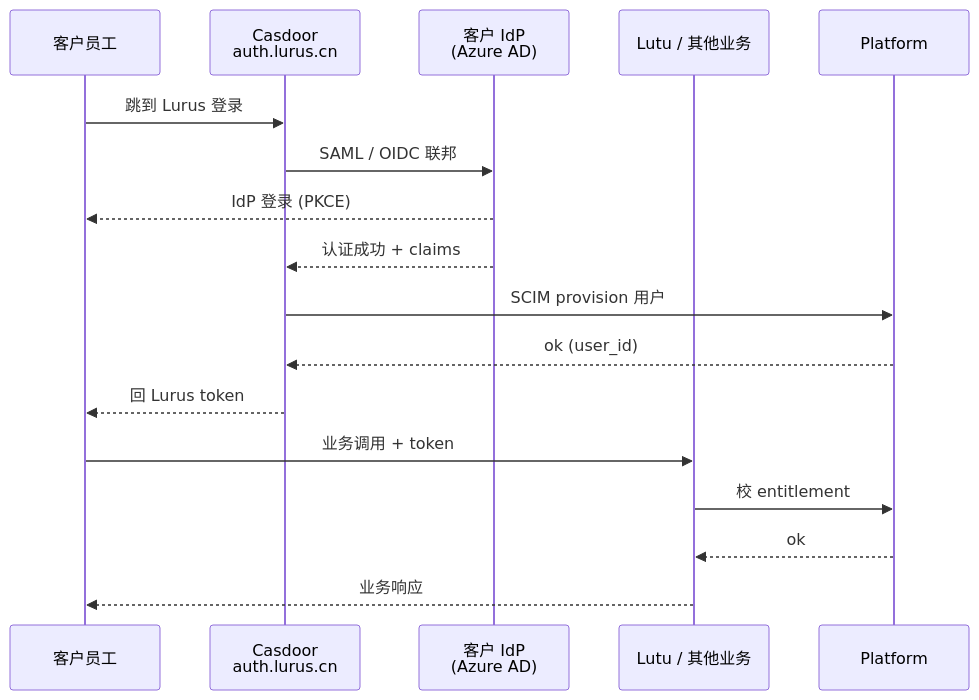
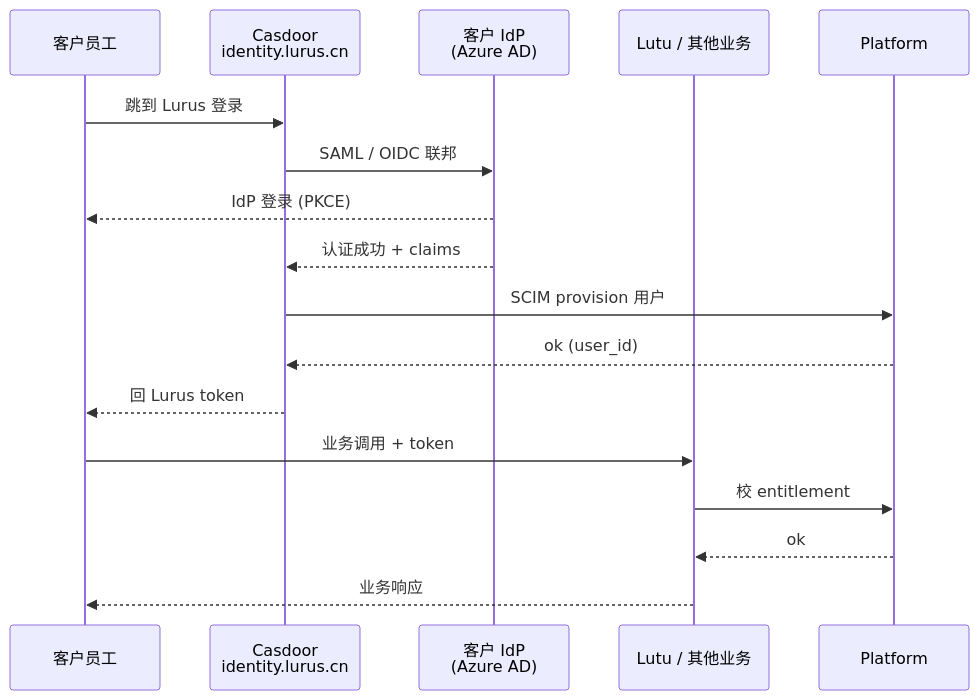
Before and after one commit to hanmahong5-arch/lurus-docs: the fourth of 8 diagrams in internal/cross/integration-recipes.md, drawn with Mermaid. The commit also changed other lines of this file and 76 other files, not shown here.

````diff
--- a/internal/cross/integration-recipes.md
+++ b/internal/cross/integration-recipes.md
@@ -199,20 +199,20 @@
 ```mermaid
 sequenceDiagram
   participant U as 客户员工
-  participant Z as Casdoor<br/>auth.lurus.cn
+  participant Z as Casdoor<br/>identity.lurus.cn
   participant IDP as 客户 IdP<br/>(Azure AD)
   participant LU as Lutu / 其他业务
   participant PF as Platform
 
   U->>Z: 跳到 Lurus 登录
   Z->>IDP: SAML / OIDC 联邦
   IDP-->>U: IdP 登录 (PKCE)
   IDP-->>Z: 认证成功 + claims
   Z->>PF: SCIM provision 用户
   PF-->>Z: ok (user_id)
   Z-->>U: 回 Lurus token
   U->>LU: 业务调用 + token
   LU->>PF: 校 entitlement
   PF-->>LU: ok
   LU-->>U: 业务响应
 ```
````
